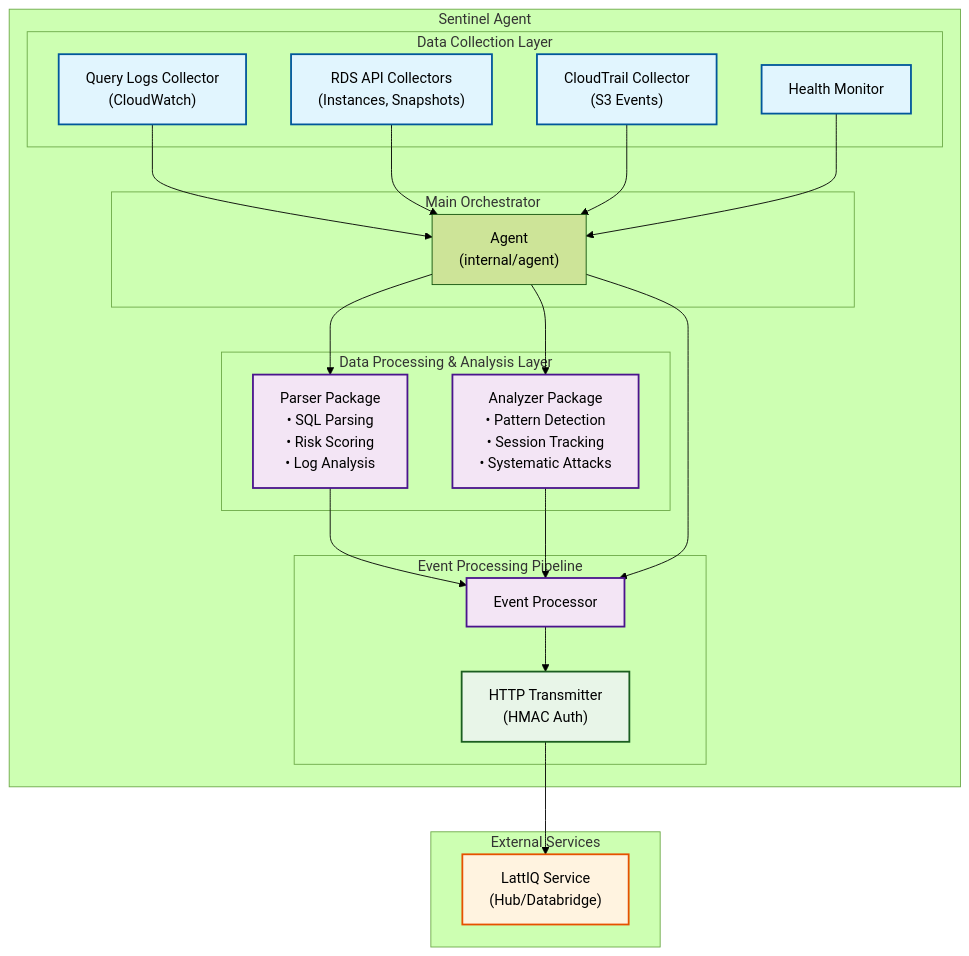
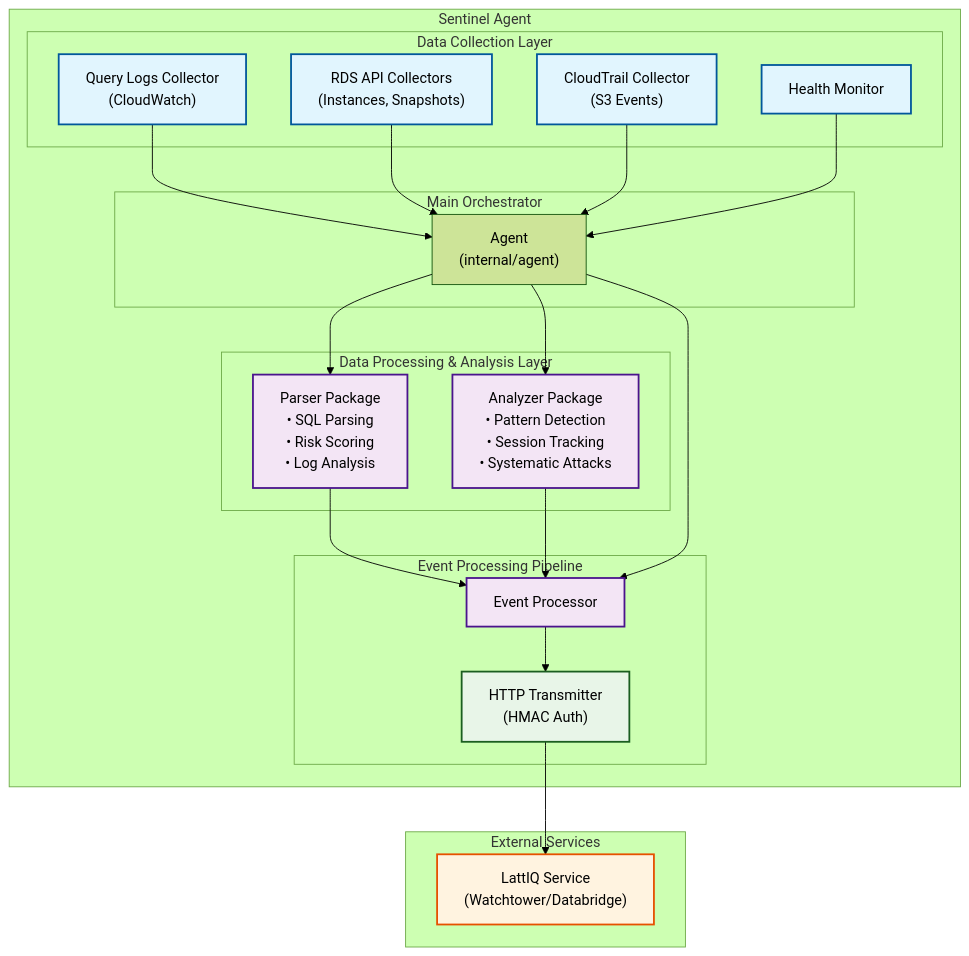
Before and after one commit to lattiq/sentinel: the first of 2 diagrams in docs/Architecture.md, drawn with Mermaid (forest theme). The commit also changed other lines of this file and 34 other files, not shown here.

````diff
--- a/docs/Architecture.md
+++ b/docs/Architecture.md
@@ -5,55 +5,55 @@
 ```mermaid
 graph TB
     subgraph "Sentinel Agent"
         subgraph "Main Orchestrator"
             Agent["Agent<br/>(internal/agent)"]
         end
 
         subgraph "Data Collection Layer"
             QLCollector["Query Logs Collector<br/>(CloudWatch)"]
             RDSCollector["RDS API Collectors<br/>(Instances, Snapshots)"]
             CTCollector["CloudTrail Collector<br/>(S3 Events)"]
             HealthMonitor["Health Monitor"]
         end
 
         subgraph "Data Processing & Analysis Layer"
             Parser["Parser Package<br/>• SQL Parsing<br/>• Risk Scoring<br/>• Log Analysis"]
             Analyzer["Analyzer Package<br/>• Pattern Detection<br/>• Session Tracking<br/>• Systematic Attacks"]
         end
 
         subgraph "Event Processing Pipeline"
             EventProcessor["Event Processor"]
             HTTPTransmitter["HTTP Transmitter<br/>(HMAC Auth)"]
         end
     end
 
     subgraph "External Services"
-        LattIQService["LattIQ Service<br/>(Hub/Databridge)"]
+        LattIQService["LattIQ Service<br/>(Watchtower/Databridge)"]
     end
 
     %% Data flow connections
     QLCollector --> Agent
     RDSCollector --> Agent
     CTCollector --> Agent
     HealthMonitor --> Agent
 
     Agent --> Parser
     Agent --> Analyzer
     Parser --> EventProcessor
     Analyzer --> EventProcessor
 
     Agent --> EventProcessor
     EventProcessor --> HTTPTransmitter
     HTTPTransmitter --> LattIQService
 
     %% Styling
     classDef collector fill:#e1f5fe,stroke:#01579b,stroke-width:2px
     classDef processor fill:#f3e5f5,stroke:#4a148c,stroke-width:2px
     classDef transmitter fill:#e8f5e8,stroke:#1b5e20,stroke-width:2px
     classDef external fill:#fff3e0,stroke:#e65100,stroke-width:2px
 
     class QLCollector,RDSCollector,CTCollector,HealthMonitor collector
     class Parser,Analyzer,EventProcessor processor
     class HTTPTransmitter transmitter
     class LattIQService external
 ```
````
